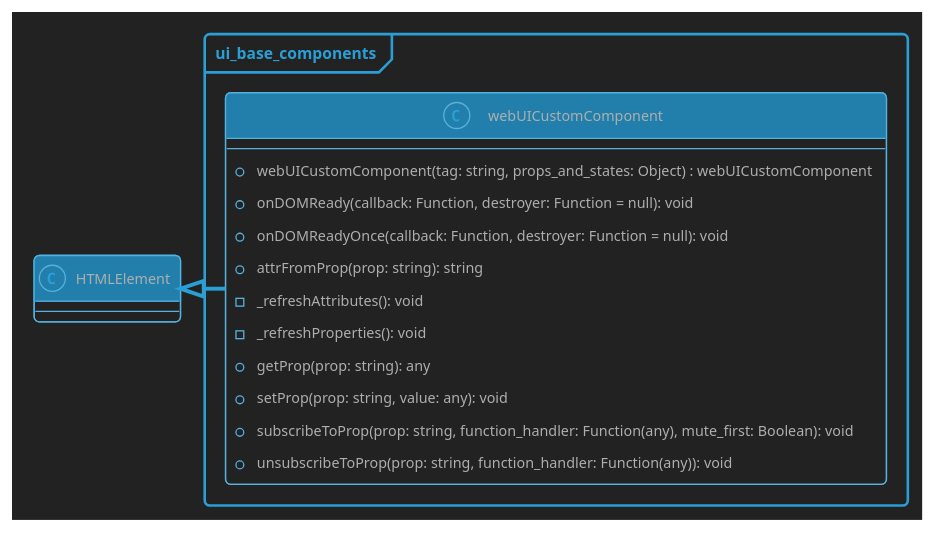
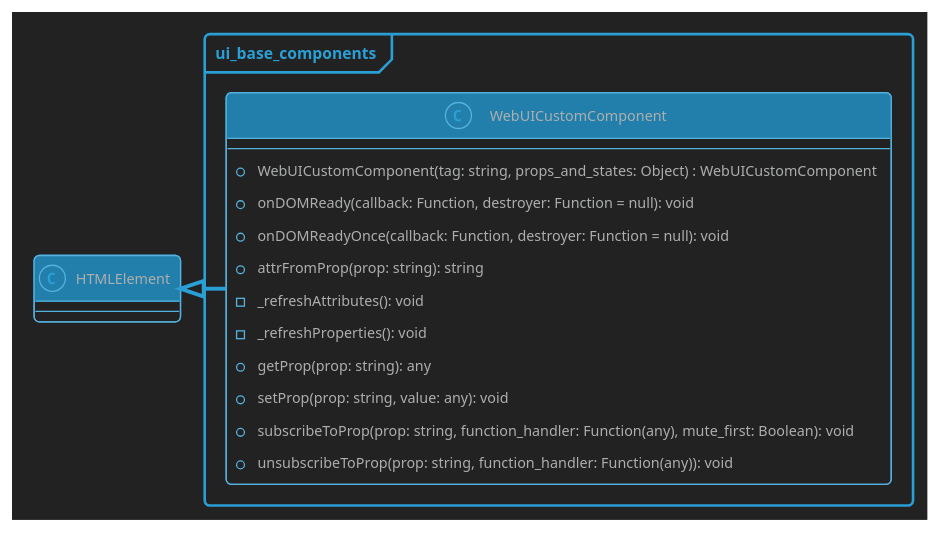
The diagram in docs/ui/web_ui_custom_component.plantuml (Picorims/wav2bar), drawn with PlantUML before and after one commit. The commit also changed 9 other files, not shown here.

```diff
--- a/docs/ui/web_ui_custom_component.plantuml
+++ b/docs/ui/web_ui_custom_component.plantuml
@@ -1,43 +1,43 @@
 @startuml ui_base_components
 
 'Wav2Bar - Free software for creating audio visualization (motion design) videos
 'Copyright (C) 2022  Picorims <picorims.contact@gmail.com>
 
 'This program is free software: you can redistribute it and/or modify
 'it under the terms of the GNU General Public License as published by
 'the Free Software Foundation, either version 3 of the License, or
 'any later version.
 
 'This program is distributed in the hope that it will be useful,
 'but WITHOUT ANY WARRANTY; without even the implied warranty of
 'MERCHANTABILITY or FITNESS FOR A PARTICULAR PURPOSE.  See the
 'GNU General Public License for more details.
 
 'You should have received a copy of the GNU General Public License
 'along with this program.  If not, see <https://www.gnu.org/licenses/>.
 
 !theme cyborg-outline
 skinparam BackgroundColor #222222
 ' skinparam groupInheritance 2
 skinparam PackageStyle frame
 
 class HTMLElement {}
 
 package "ui_base_components" {
-    class webUICustomComponent {
+    class WebUICustomComponent {
         --
-        + webUICustomComponent(tag: string, props_and_states: Object) : webUICustomComponent
+        + WebUICustomComponent(tag: string, props_and_states: Object) : WebUICustomComponent
         + onDOMReady(callback: Function, destroyer: Function = null): void
         + onDOMReadyOnce(callback: Function, destroyer: Function = null): void
         + attrFromProp(prop: string): string
         - _refreshAttributes(): void
         - _refreshProperties(): void
         + getProp(prop: string): any
         + setProp(prop: string, value: any): void
         + subscribeToProp(prop: string, function_handler: Function(any), mute_first: Boolean): void
         + unsubscribeToProp(prop: string, function_handler: Function(any)): void
     }
-    HTMLElement <|-right- webUICustomComponent
+    HTMLElement <|-right- WebUICustomComponent
 }
 
 @enduml
```
